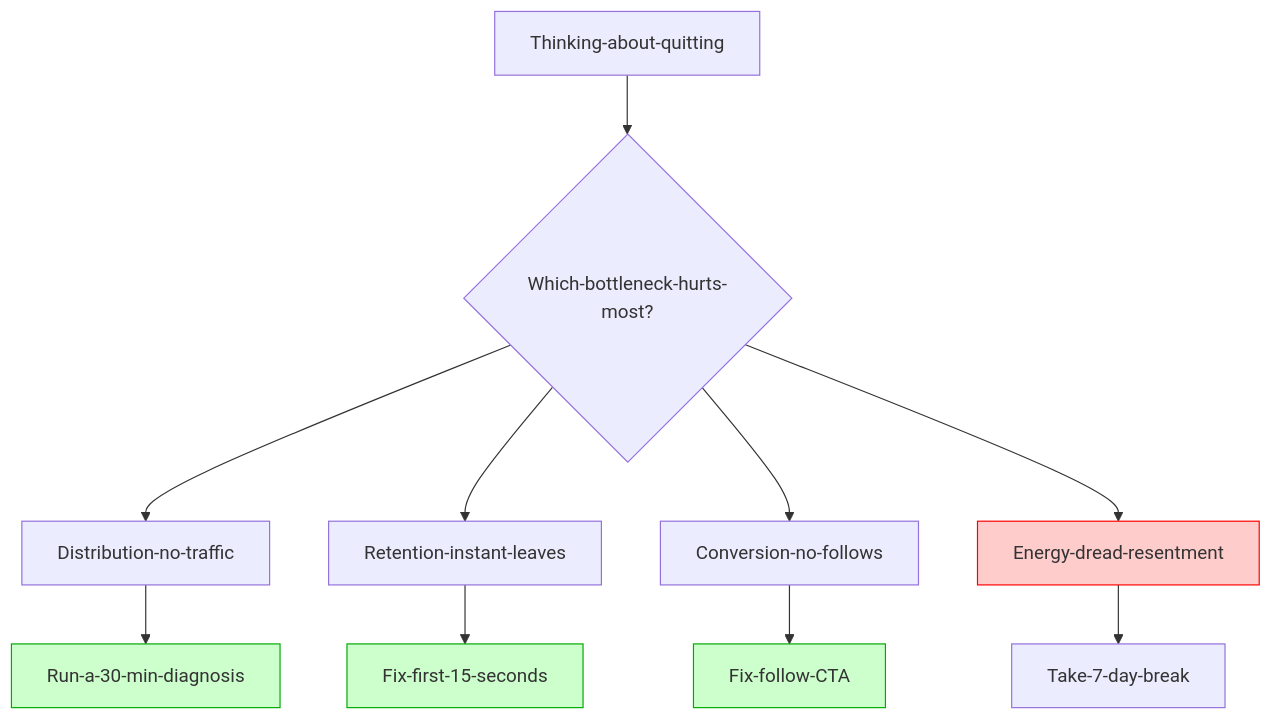
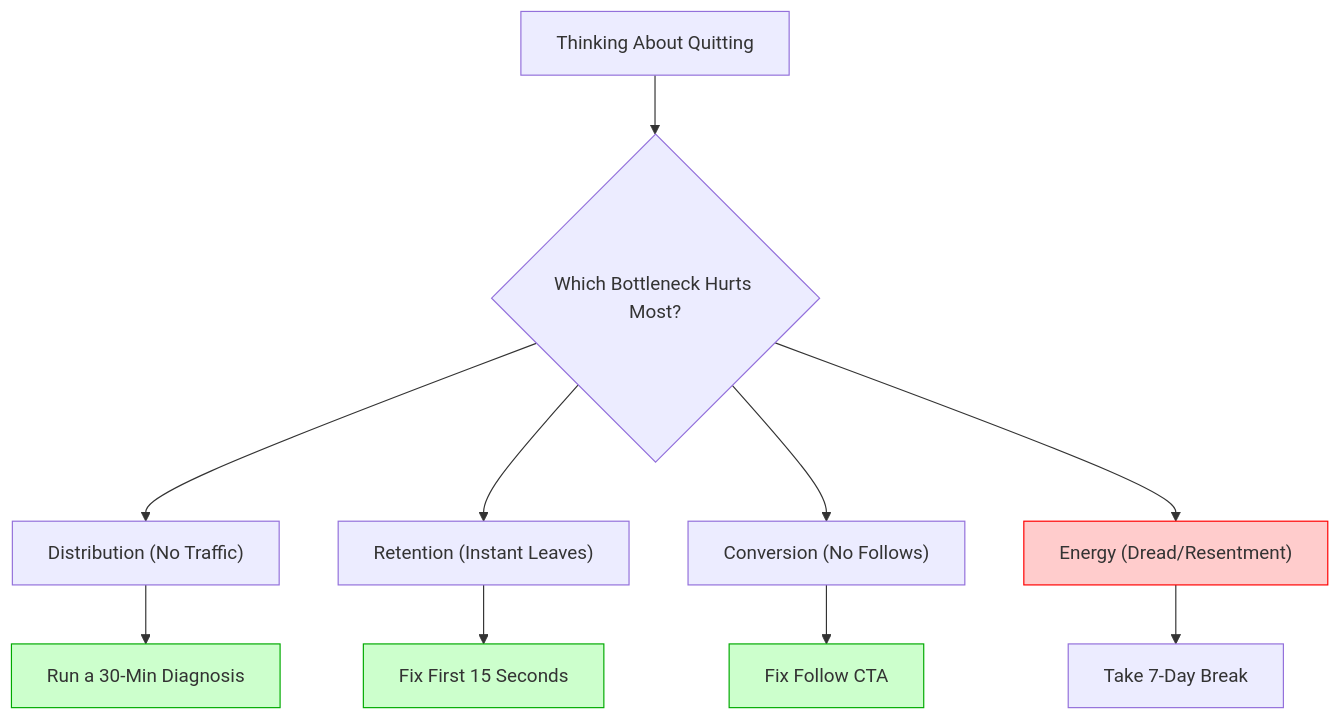
One commit to littl3-boat/ttwise changed the diagram in data/blog/should-you-quit-tiktok-live-decision-guide-2026.mdx. Above: the diagram before and after it, drawn with Mermaid. The commit also changed 68 other files, not shown here.

Commit message:
feat: fix Mermaid syntax across blogs and add new posts for quality penalty and empty view trap

````diff
--- a/data/blog/should-you-quit-tiktok-live-decision-guide-2026.mdx
+++ b/data/blog/should-you-quit-tiktok-live-decision-guide-2026.mdx
@@ -90,18 +90,18 @@
 ```mermaid
 flowchart TD
-  A[Thinking-about-quitting] --> B{Which-bottleneck-hurts-most?}
-  B --> C[Distribution-no-traffic]
-  B --> D[Retention-instant-leaves]
-  B --> E[Conversion-no-follows]
-  B --> F[Energy-dread-resentment]
+  A["Thinking About Quitting"] --> B{"Which Bottleneck Hurts Most?"}
+  B --> C["Distribution (No Traffic)"]
+  B --> D["Retention (Instant Leaves)"]
+  B --> E["Conversion (No Follows)"]
+  B --> F["Energy (Dread/Resentment)"]
 
-  C --> C1[Run-a-30-min-diagnosis]
-  D --> D1[Fix-first-15-seconds]
-  E --> E1[Fix-follow-CTA]
-  F --> F1[Take-7-day-break]
+  C --> C1["Run a 30-Min Diagnosis"]
+  D --> D1["Fix First 15 Seconds"]
+  E --> E1["Fix Follow CTA"]
+  F --> F1["Take 7-Day Break"]
 
   style F fill:#ffcccc,stroke:#ff0000
   style C1 fill:#ccffcc,stroke:#00aa00
   style D1 fill:#ccffcc,stroke:#00aa00
   style E1 fill:#ccffcc,stroke:#00aa00
 ```
````
